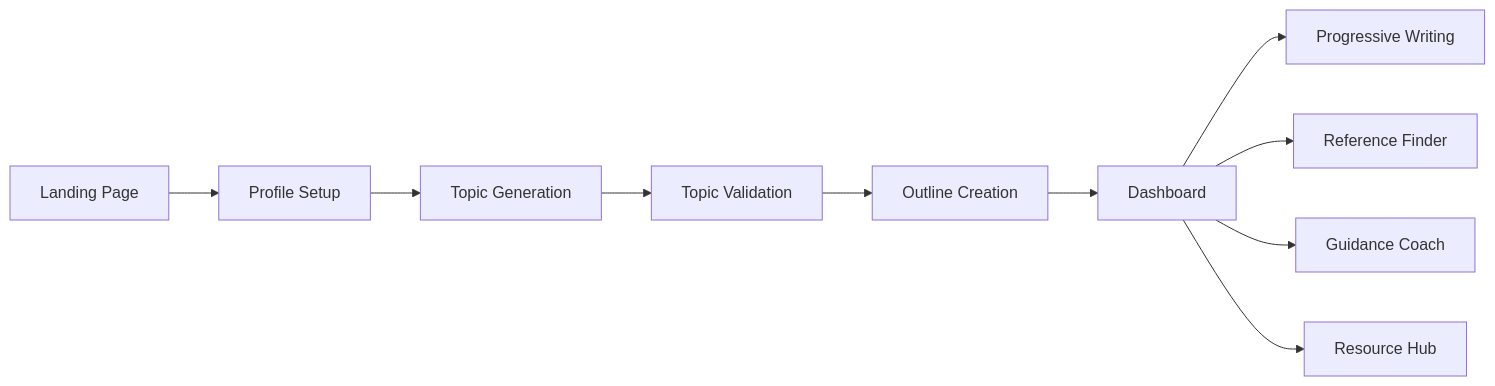
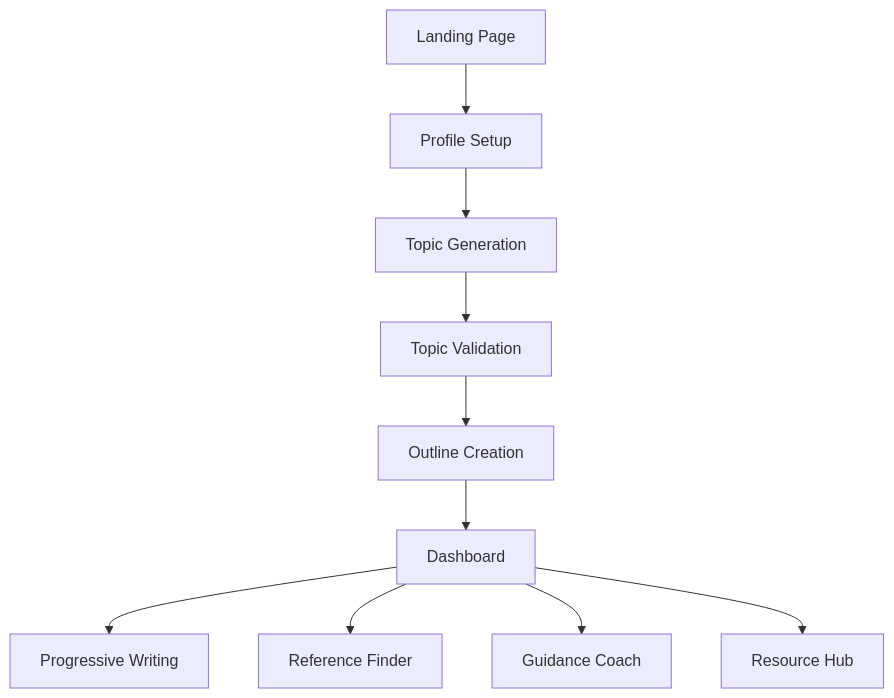
One commit to Divya4879/ScholarForge changed the diagram in README.md. Above: the diagram before and after it, drawn with Mermaid. The commit also changed other lines of this file, not shown here.

````diff
--- a/README.md
+++ b/README.md
@@ -218,12 +217,12 @@
 ```mermaid
-graph LR
+graph TB
     A[Landing Page] --> B[Profile Setup]
     B --> C[Topic Generation]
     C --> D[Topic Validation]
     D --> E[Outline Creation]
     E --> F[Dashboard]
     F --> G[Progressive Writing]
     F --> H[Reference Finder]
     F --> I[Guidance Coach]
     F --> J[Resource Hub]
 ```
````
